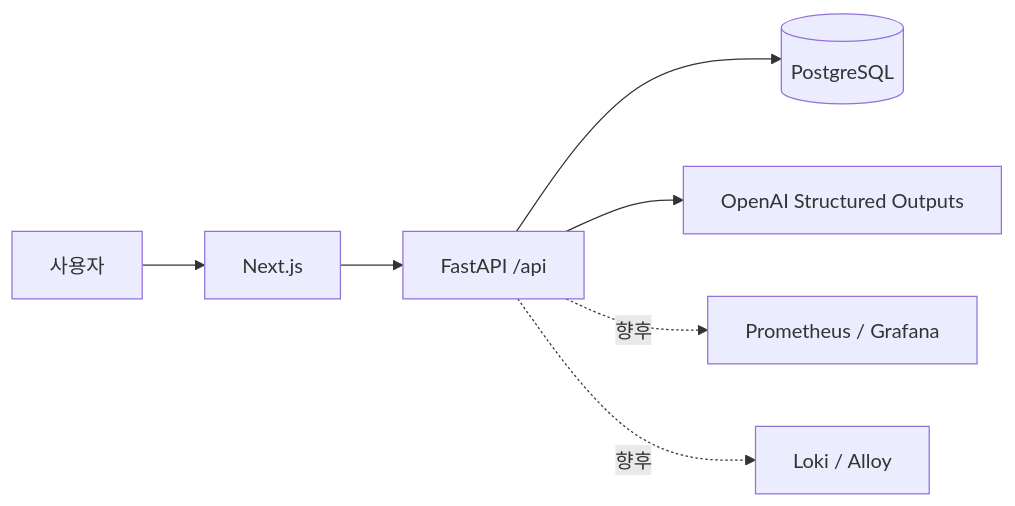
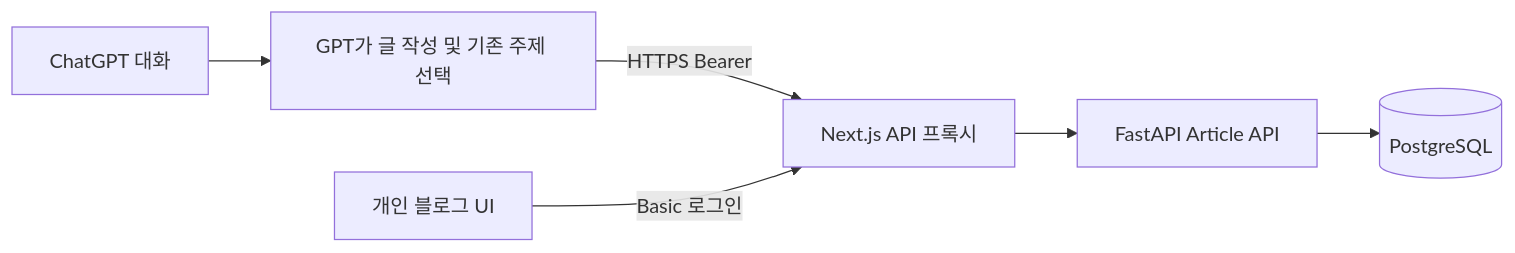
One commit to dbdtm123-hub/gptproject changed the diagram in docs/architecture.md. Above: the diagram before and after it, drawn with Mermaid. The commit also changed other lines of this file and 46 other files, not shown here.

````diff
--- a/docs/architecture.md
+++ b/docs/architecture.md
@@ -19,9 +9,8 @@
 ```mermaid
 flowchart LR
-  User[사용자] --> Web[Next.js]
-  Web --> API[FastAPI /api]
+  Chat[ChatGPT 대화] --> Writer[GPT가 글 작성 및 기존 주제 선택]
+  Writer -->|HTTPS Bearer| Proxy[Next.js API 프록시]
+  Browser[개인 블로그 UI] -->|Basic 로그인| Proxy
+  Proxy --> API[FastAPI Article API]
   API --> DB[(PostgreSQL)]
-  API --> AI[OpenAI Structured Outputs]
-  API -. 향후 .-> Metrics[Prometheus / Grafana]
-  API -. 향후 .-> Logs[Loki / Alloy]
 ```
````
